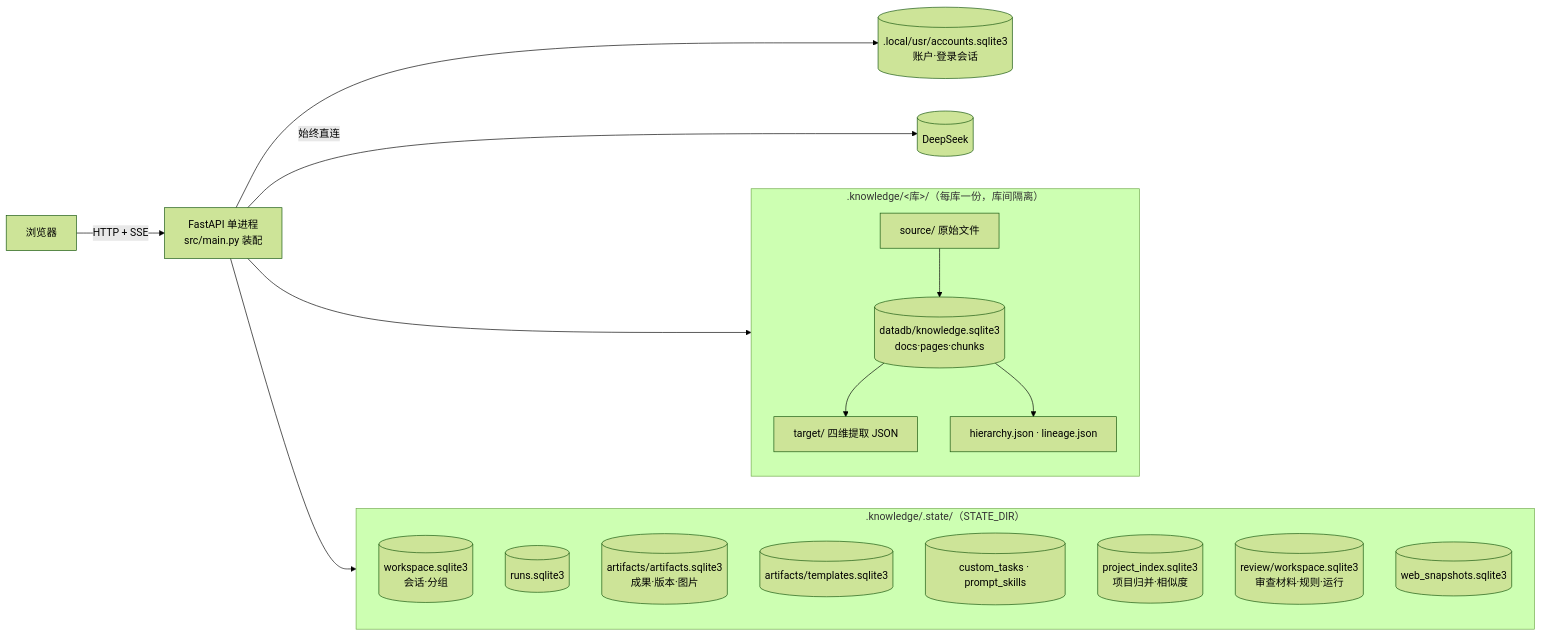
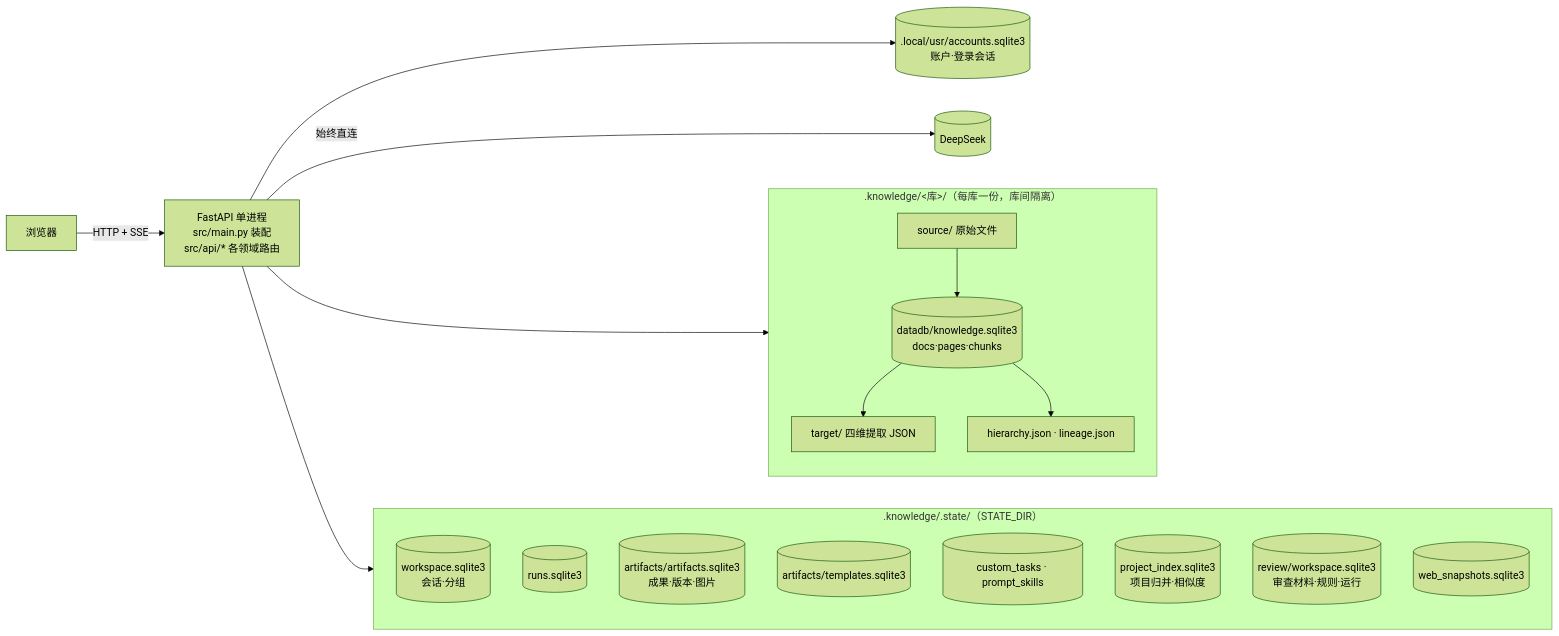
One commit to fhfeishi/dox_agent changed the first of 2 diagrams in .logsdev/design/系统.md. Above: the diagram before and after it, drawn with Mermaid (forest theme). The commit also changed other lines of this file and 22 other files, not shown here.

First line of the commit message:
refactor(B2): main.py only assembles; endpoints live in domain routers under src/api

````diff
--- a/.logsdev/design/系统.md
+++ b/.logsdev/design/系统.md
@@ -10,22 +10,22 @@
 ```mermaid
 flowchart LR
   subgraph 每库目录[".knowledge/&lt;库&gt;/（每库一份，库间隔离）"]
     SRC[source/ 原始文件] --> KN[(datadb/knowledge.sqlite3<br/>docs·pages·chunks)]
     KN --> TGT[target/ 四维提取 JSON]
     KN --> HL[hierarchy.json · lineage.json]
   end
   subgraph 应用状态[".knowledge/.state/（STATE_DIR）"]
     WS[(workspace.sqlite3<br/>会话·分组)]
     RUN[(runs.sqlite3)]
     ART[(artifacts/artifacts.sqlite3<br/>成果·版本·图片)]
     TPL[(artifacts/templates.sqlite3)]
     TASK[(custom_tasks · prompt_skills)]
     PI[(project_index.sqlite3<br/>项目归并·相似度)]
     REV[(review/workspace.sqlite3<br/>审查材料·规则·运行)]
     WEB[(web_snapshots.sqlite3)]
   end
   ACC[(.local/usr/accounts.sqlite3<br/>账户·登录会话)]
-  UI[浏览器] -->|HTTP + SSE| API[FastAPI 单进程<br/>src/main.py 装配]
+  UI[浏览器] -->|HTTP + SSE| API[FastAPI 单进程<br/>src/main.py 装配<br/>src/api/* 各领域路由]
   API --> 每库目录 & 应用状态 & ACC
   API -->|始终直连| LLM[(DeepSeek)]
 ```
````
